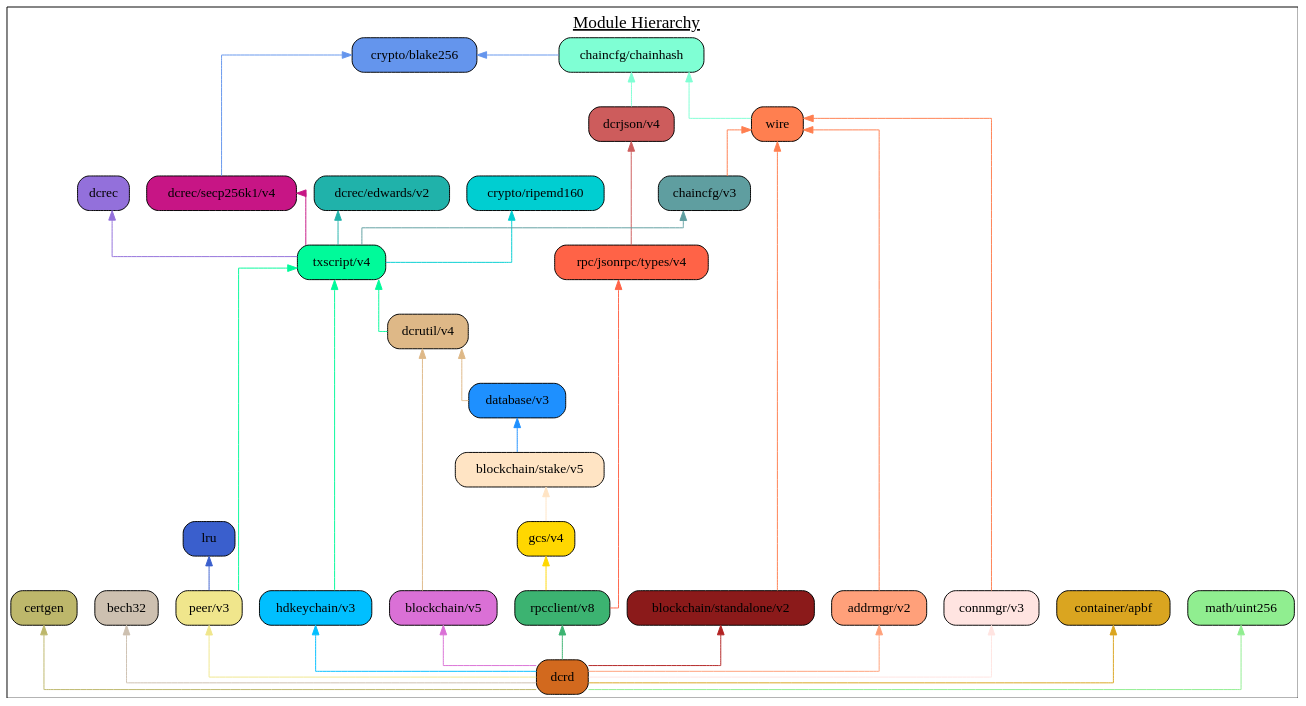
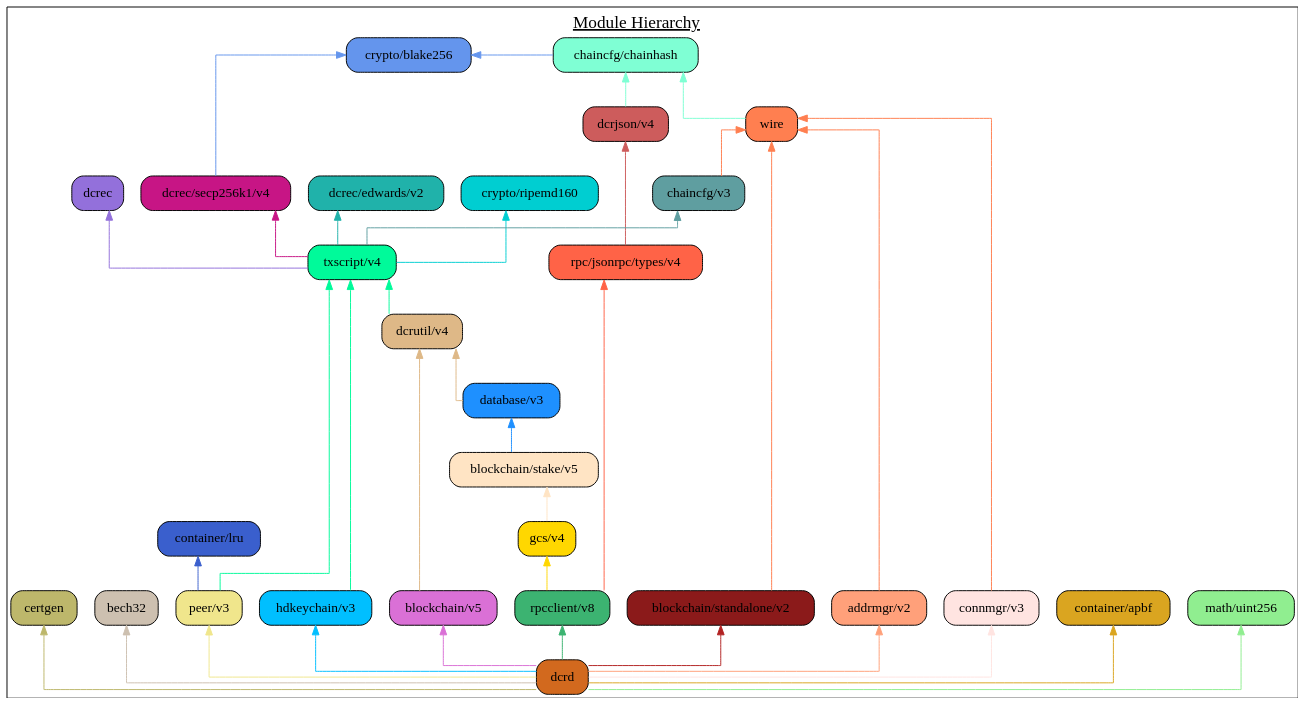
Before and after one commit to decred/dcrd: the diagram in docs/assets/module_hierarchy.gv, drawn with Graphviz. The commit also changed 2 other files, not shown here.

Commit message:
docs: Update for container/lru module.
This updates the docs/README.md file, module hierarchy graphviz, and
module hierarchy diagram to reflect the new container/lru module.

```diff
--- a/docs/assets/module_hierarchy.gv
+++ b/docs/assets/module_hierarchy.gv
@@ -1,78 +1,78 @@
 digraph {
 	graph [splines=ortho colorscheme=svg label=<<u>Module Hierarchy</u>> labelloc=t fontsize=18.0]
 	node [shape=box style="filled, rounded" margin=0.1]
 
 	blake256 [label="crypto/blake256" fillcolor=cornflowerblue]
 	ripemd160 [label="crypto/ripemd160" fillcolor=darkturquoise]
 	certgen [label="certgen" fillcolor=darkkhaki]
 	bech32 [label="bech32" fillcolor=antiquewhite3]
 	chainhash [label="chaincfg/chainhash" fillcolor=aquamarine]
 	dcrjson [label="dcrjson/v4" fillcolor=indianred]
 	types [label="rpc/jsonrpc/types/v4" fillcolor=tomato]
 	wire [label="wire" fillcolor=coral]
 	chaincfg [label="chaincfg/v3" fillcolor=cadetblue]
 	dcrec [label="dcrec" fillcolor=mediumpurple]
 	edwards [label="dcrec/edwards/v2" fillcolor=lightseagreen]
 	secp256k1 [label="dcrec/secp256k1/v4" fillcolor=mediumvioletred]
 	dcrutil [label="dcrutil/v4" fillcolor=burlywood]
 	database [label="database/v3" fillcolor=dodgerblue]
 	hdkeychain [label="hdkeychain/v3" fillcolor=deepskyblue]
 	txscript [label="txscript/v4" fillcolor=mediumspringgreen]
 	stake [label="blockchain/stake/v5" fillcolor=bisque]
 	gcs [label="gcs/v4" fillcolor=gold]
 	standalone [label="blockchain/standalone/v2" fillcolor=firebrick4]
-	lru [label="lru" fillcolor=royalblue3]
+	lru [label="container/lru" fillcolor=royalblue3]
 	peer [label="peer/v3" fillcolor=khaki]
 	rpcclient [label="rpcclient/v8" fillcolor=mediumseagreen]
 	addrmgr [label="addrmgr/v2" fillcolor=lightsalmon]
 	connmgr [label="connmgr/v3" fillcolor=mistyrose]
 	blockchain [label="blockchain/v5" fillcolor=orchid]
 	apbf [label="container/apbf" fillcolor=goldenrod]
 	uint256  [label="math/uint256" fillcolor=lightgreen]
 	dcrd [label="dcrd" fillcolor=chocolate]
 
 	{rank=same blake256 chainhash}
 	{rank=same dcrec secp256k1}
 	{rank=same certgen bech32 apbf uint256}
 	{rank=same addrmgr connmgr hdkeychain peer blockchain standalone rpcclient}
 
 	certgen
 	bech32
 	blake256 -> chainhash [dir=back color=cornflowerblue]
 	blake256 -> secp256k1 [dir=back color=cornflowerblue]
 	chaincfg -> txscript [dir=back color=cadetblue]
 	chainhash -> dcrjson [dir=back color=aquamarine]
 	chainhash -> wire [dir=back color=aquamarine]
 	wire -> addrmgr [dir=back color=coral]
 	wire -> chaincfg [dir=back color=coral]
 	wire -> connmgr [dir=back color=coral]
 	wire -> standalone [dir=back color=coral]
 	ripemd160 -> txscript [dir=back color=darkturquoise]
 	dcrec -> txscript [dir=back color=mediumpurple]
 	edwards -> txscript [dir=back color=lightseagreen]
 	secp256k1 -> txscript [dir=back color=mediumvioletred]
 	txscript -> dcrutil [dir=back color=mediumspringgreen]
 	txscript -> hdkeychain [dir=back color=mediumspringgreen]
 	txscript -> peer [dir=back color=mediumspringgreen]
 	dcrutil -> blockchain [dir=back color=burlywood]
 	dcrutil -> database [dir=back color=burlywood]
 	database -> stake [dir=back color=dodgerblue]
 	stake -> gcs [dir=back color=bisque]
 	gcs -> rpcclient [dir=back color=gold]
 
 	lru -> peer [dir=back color=royalblue3]
 	dcrjson -> types [dir=back color=indianred]
 	types -> rpcclient [dir=back color=tomato]
 
 	blockchain -> dcrd [dir=back color=orchid]
 	standalone -> dcrd [dir=back color=firebrick]
 	certgen -> dcrd [dir=back color=darkkhaki]
 	bech32 -> dcrd [dir=back color=antiquewhite3]
 	addrmgr -> dcrd [dir=back color=lightsalmon]
 	hdkeychain -> dcrd [dir=back color=deepskyblue]
 	connmgr -> dcrd [dir=back color=mistyrose]
 	rpcclient -> dcrd [dir=back color=mediumseagreen]
 	peer -> dcrd [dir=back color=khaki]
 	apbf -> dcrd [dir=back color=goldenrod]
 	uint256 -> dcrd [dir=back color=lightgreen]
 }
```
